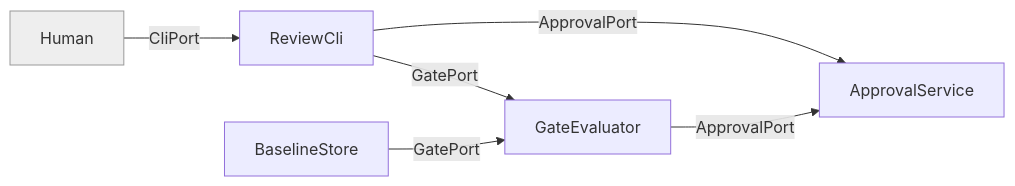
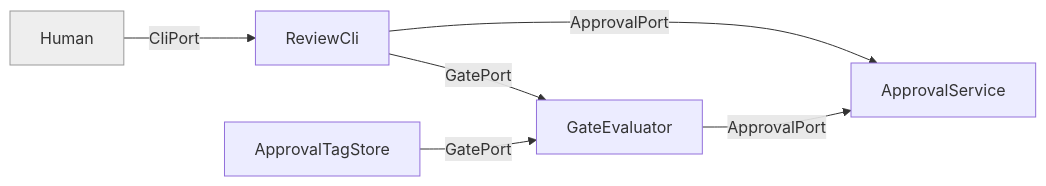
One commit to DanielLockau-MLPA/specflow changed the diagram in docs/diagrams/01c_view_governance.mmd. Above: the diagram before and after it, drawn with Mermaid. The commit also changed 18 other files, not shown here.

Commit message:
Architecture: BaselineStore becomes ApprovalTagStore; regenerate diagrams and docs/diagrams.md

```diff
--- a/docs/diagrams/01c_view_governance.mmd
+++ b/docs/diagrams/01c_view_governance.mmd
@@ -1,12 +1,12 @@
 flowchart LR
   gateEvaluator["GateEvaluator"]
   approvalService["ApprovalService"]
   reviewCli["ReviewCli"]
-  baselineStore["BaselineStore"]
+  tagStore["ApprovalTagStore"]
   human["Human"]
   gateEvaluator -->|ApprovalPort| approvalService
   reviewCli -->|ApprovalPort| approvalService
   reviewCli -->|GatePort| gateEvaluator
-  baselineStore -->|GatePort| gateEvaluator
+  tagStore -->|GatePort| gateEvaluator
   human -->|CliPort| reviewCli
   style human fill:#eee,stroke:#999
```
